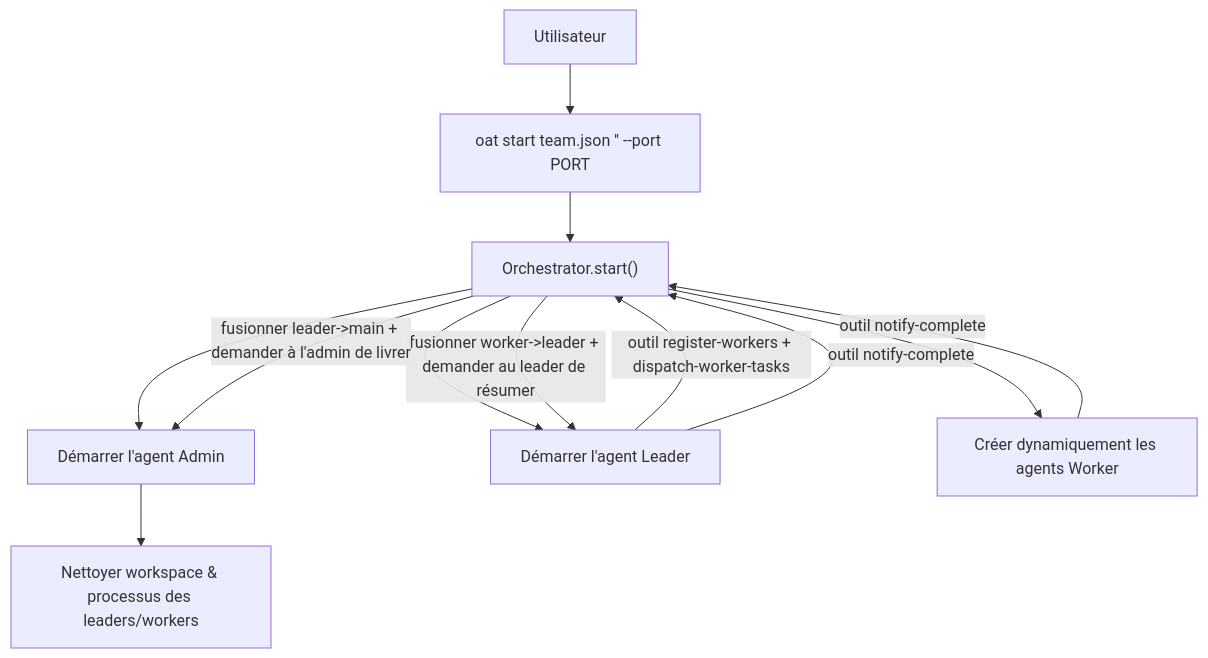
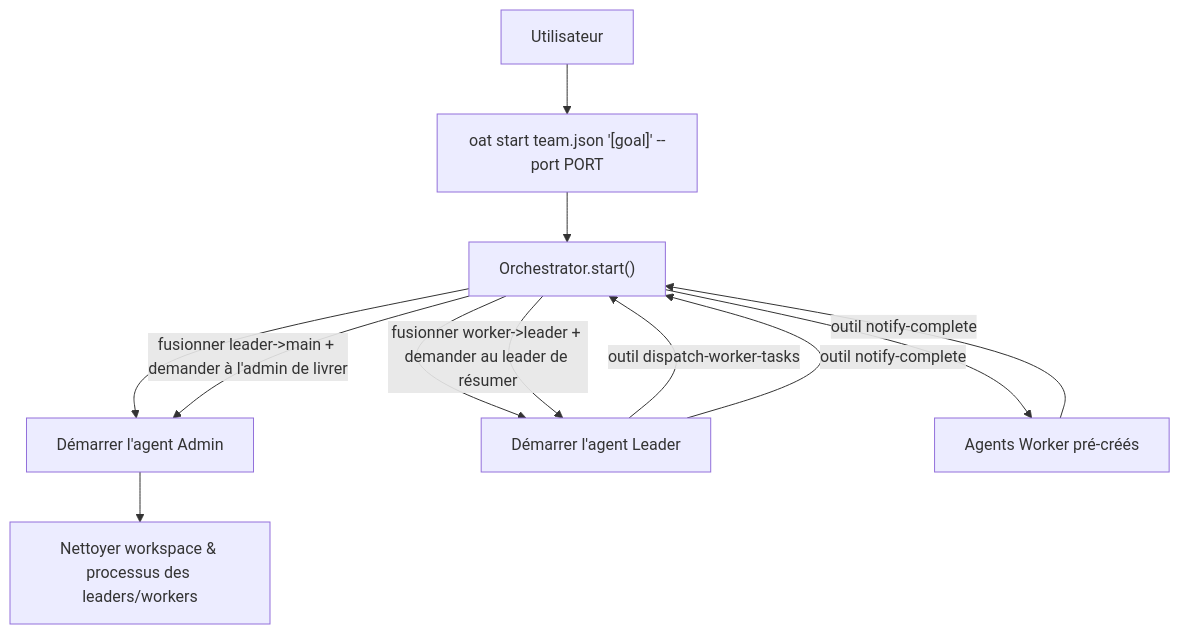
Before and after one commit to HerbertHe/open-agent-team: the diagram in docs/fr/architecture.md, drawn with Mermaid. The commit also changed other lines of this file and 30 other files, not shown here.

First line of the commit message:
refactor: modernize architecture to pre-spawned worker pool and enhance docs

````diff
--- a/docs/fr/architecture.md
+++ b/docs/fr/architecture.md
@@ -98,14 +98,14 @@
 ```mermaid
 flowchart TD
-  U["Utilisateur"] --> CLI["oat start team.json '<goal>' --port PORT"]
+  U["Utilisateur"] --> CLI["oat start team.json '[goal]' --port PORT"]
   CLI --> O["Orchestrator.start()"]
   O --> A["Démarrer l'agent Admin"]
   O --> L["Démarrer l'agent Leader"]
-  L -->|"outil register-workers + dispatch-worker-tasks"| O
-  O --> W["Créer dynamiquement les agents Worker"]
+  L -->|"outil dispatch-worker-tasks"| O
+  O --> W["Agents Worker pré-créés"]
   W -->|"outil notify-complete"| O
   O -->|"fusionner worker->leader + demander au leader de résumer"| L
   L -->|"outil notify-complete"| O
   O -->|"fusionner leader->main + demander à l'admin de livrer"| A
   A --> C["Nettoyer workspace & processus des leaders/workers"]
 ```
````
